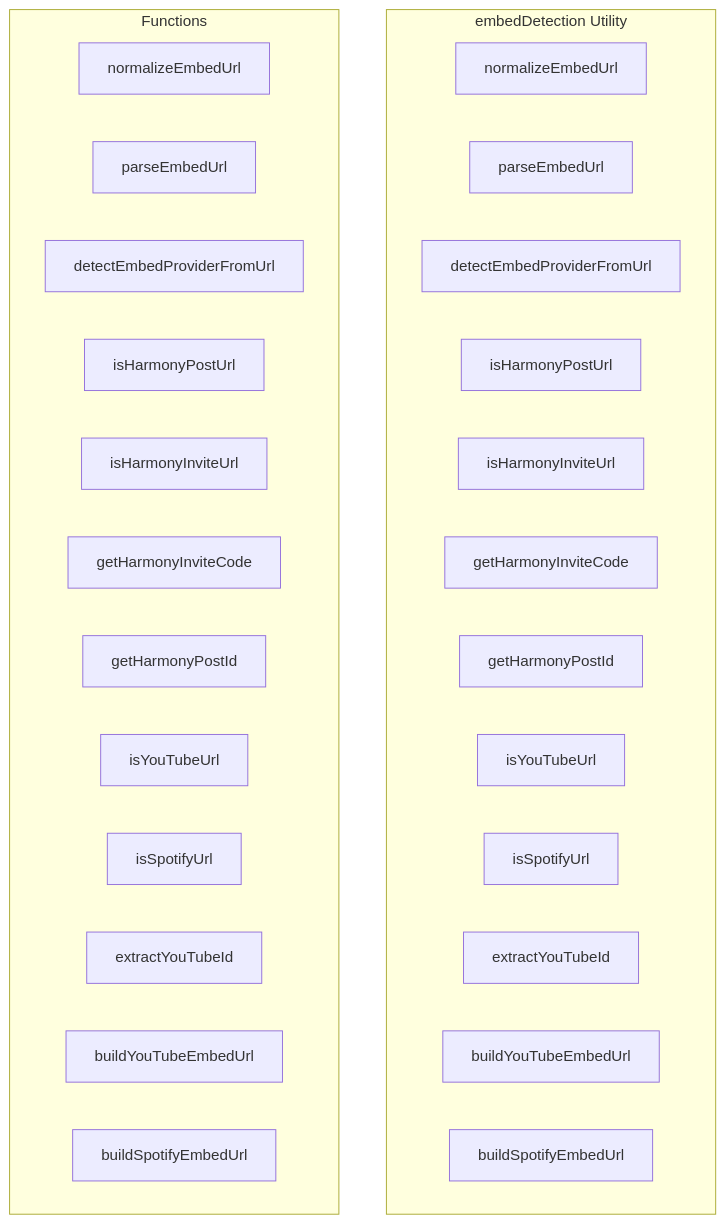
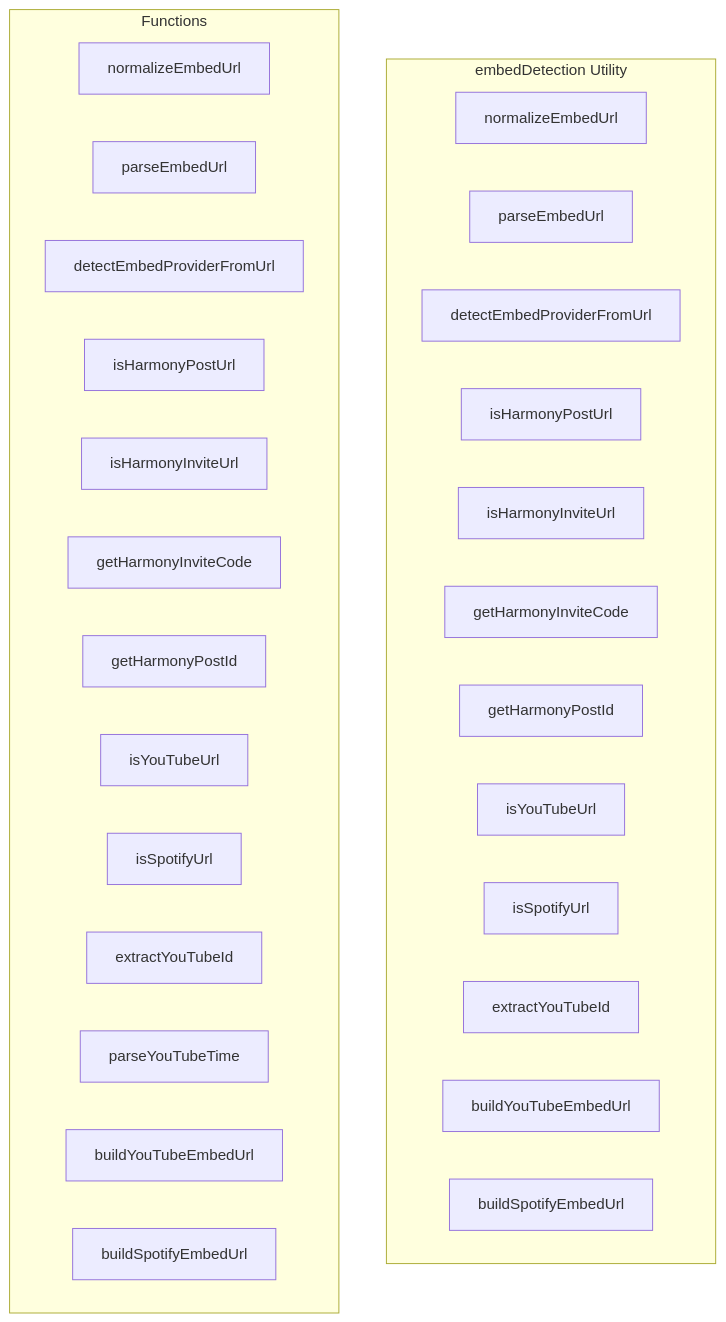
Before and after one commit to y4my4my4m/harmony: the diagram in docs/api/utils/embeddetection.md, drawn with Mermaid. The commit also changed other lines of this file and 211 other files, not shown here.

````diff
--- a/docs/api/utils/embeddetection.md
+++ b/docs/api/utils/embeddetection.md
@@ -7,32 +7,33 @@
 ```mermaid
 graph TB
     subgraph "embedDetection Utility"
         NORMALIZEEMBEDURL[normalizeEmbedUrl]
         PARSEEMBEDURL[parseEmbedUrl]
         DETECTEMBEDPROVIDERFROMURL[detectEmbedProviderFromUrl]
         ISHARMONYPOSTURL[isHarmonyPostUrl]
         ISHARMONYINVITEURL[isHarmonyInviteUrl]
         GETHARMONYINVITECODE[getHarmonyInviteCode]
         GETHARMONYPOSTID[getHarmonyPostId]
         ISYOUTUBEURL[isYouTubeUrl]
         ISSPOTIFYURL[isSpotifyUrl]
         EXTRACTYOUTUBEID[extractYouTubeId]
         BUILDYOUTUBEEMBEDURL[buildYouTubeEmbedUrl]
         BUILDSPOTIFYEMBEDURL[buildSpotifyEmbedUrl]
     end
     
     subgraph "Functions"
         FN_NORMALIZEEMBEDURL[normalizeEmbedUrl]
         FN_PARSEEMBEDURL[parseEmbedUrl]
         FN_DETECTEMBEDPROVIDERFROMURL[detectEmbedProviderFromUrl]
         FN_ISHARMONYPOSTURL[isHarmonyPostUrl]
         FN_ISHARMONYINVITEURL[isHarmonyInviteUrl]
         FN_GETHARMONYINVITECODE[getHarmonyInviteCode]
         FN_GETHARMONYPOSTID[getHarmonyPostId]
         FN_ISYOUTUBEURL[isYouTubeUrl]
         FN_ISSPOTIFYURL[isSpotifyUrl]
         FN_EXTRACTYOUTUBEID[extractYouTubeId]
+        FN_PARSEYOUTUBETIME[parseYouTubeTime]
         FN_BUILDYOUTUBEEMBEDURL[buildYouTubeEmbedUrl]
         FN_BUILDSPOTIFYEMBEDURL[buildSpotifyEmbedUrl]
     end
 ```
````
